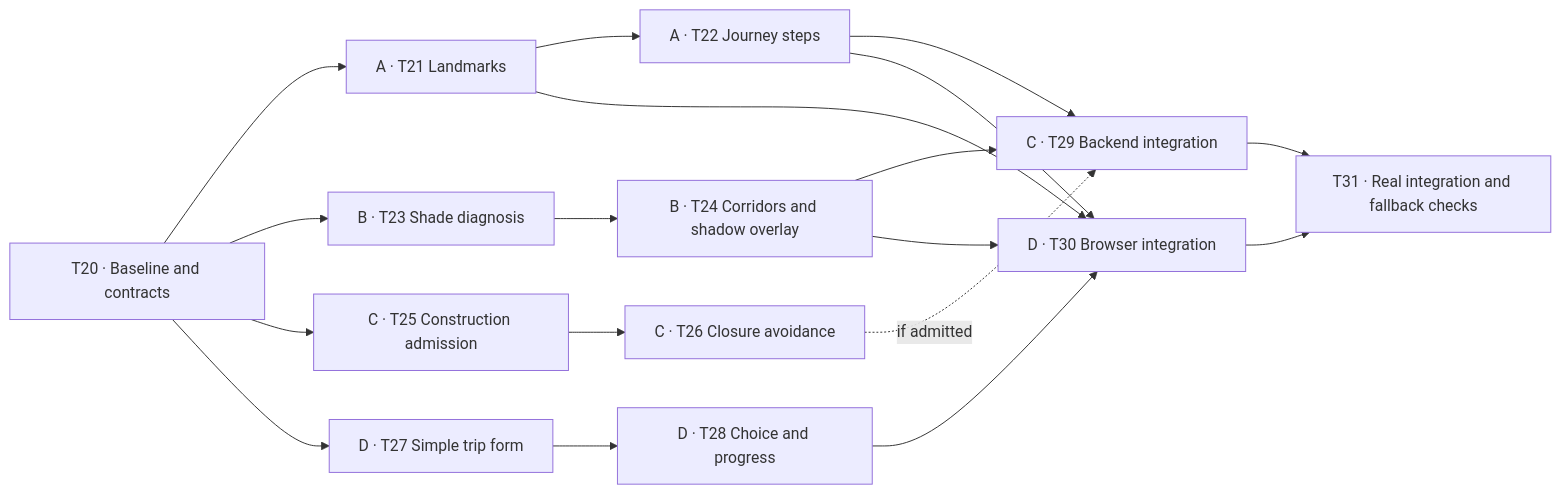
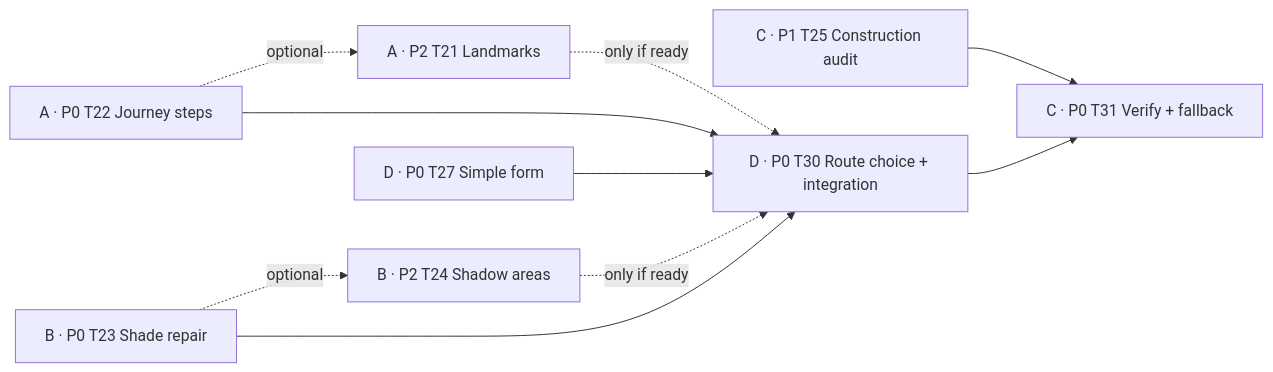
Before and after one commit to danielbarmaimon/bla-bla-walk: the second of 2 diagrams in ROADMAP.md, drawn with Mermaid. The commit also changed other lines of this file and 6 other files, not shown here.

````diff
--- a/ROADMAP.md
+++ b/ROADMAP.md
@@ -144,20 +144,12 @@
 ```mermaid
 flowchart LR
-  T20["T20 · Baseline and contracts"] --> T21["A · T21 Landmarks"]
-  T21 --> T22["A · T22 Journey steps"]
-  T20 --> T23["B · T23 Shade diagnosis"]
-  T23 --> T24["B · T24 Corridors and shadow overlay"]
-  T20 --> T25["C · T25 Construction admission"]
-  T25 --> T26["C · T26 Closure avoidance"]
-  T20 --> T27["D · T27 Simple trip form"]
-  T27 --> T28["D · T28 Choice and progress"]
-  T22 --> T29["C · T29 Backend integration"]
-  T24 --> T29
-  T26 -. "if admitted" .-> T29
-  T21 --> T30["D · T30 Browser integration"]
-  T22 --> T30
-  T24 --> T30
-  T28 --> T30
-  T29 --> T31["T31 · Real integration and fallback checks"]
-  T30 --> T31
+  A["A · P0 T22 Journey steps"] -. "optional" .-> A2["A · P2 T21 Landmarks"]
+  B["B · P0 T23 Shade repair"] -. "optional" .-> B2["B · P2 T24 Shadow areas"]
+  C["C · P1 T25 Construction audit"] --> C2["C · P0 T31 Verify + fallback"]
+  D["D · P0 T27 Simple form"] --> D2["D · P0 T30 Route choice + integration"]
+  A --> D2
+  B --> D2
+  D2 --> C2
+  A2 -. "only if ready" .-> D2
+  B2 -. "only if ready" .-> D2
 ```
````
